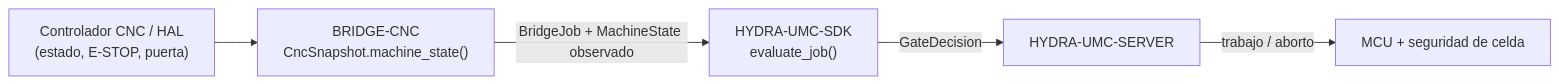
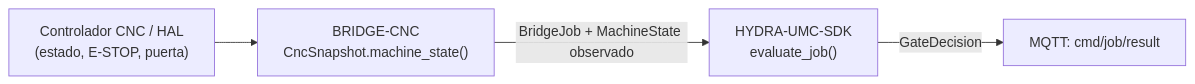
One commit to JuanenRac/HYDRA-UMC-BRIDGE-CNC changed the diagram in README_spa.md. Above: the diagram before and after it, drawn with Mermaid. The commit also changed other lines of this file and 22 other files, not shown here.

````diff
--- a/README_spa.md
+++ b/README_spa.md
@@ -49,7 +50,6 @@
 ```mermaid
 flowchart LR
     CNC["Controlador CNC / HAL<br/>(estado, E-STOP, puerta)"] --> BRIDGE["BRIDGE-CNC<br/>CncSnapshot.machine_state()"]
     BRIDGE -- "BridgeJob + MachineState observado" --> SDK["HYDRA-UMC-SDK<br/>evaluate_job()"]
-    SDK -- GateDecision --> SERVER["HYDRA-UMC-SERVER"]
-    SERVER -- "trabajo / aborto" --> MCU["MCU + seguridad de celda"]
+    SDK -- GateDecision --> RESULT["MQTT: cmd/job/result"]
 ```
````
